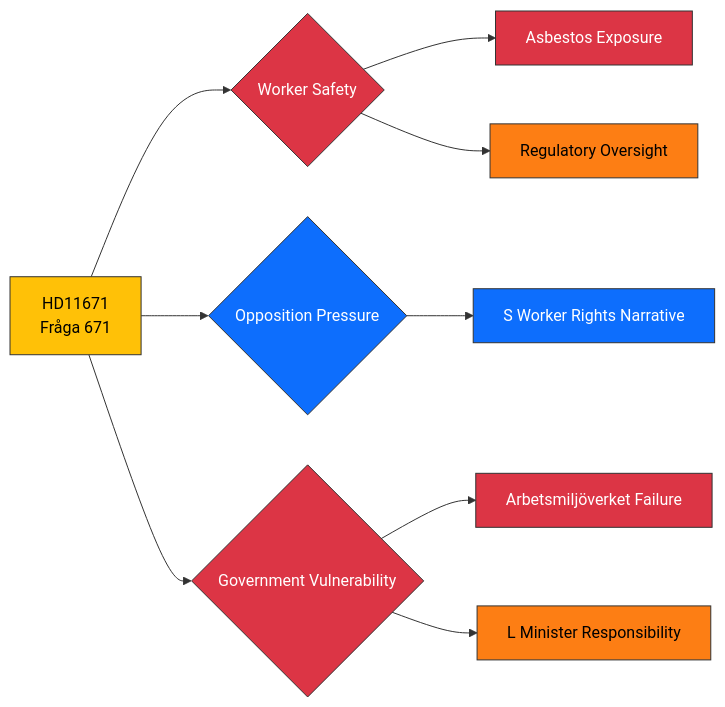
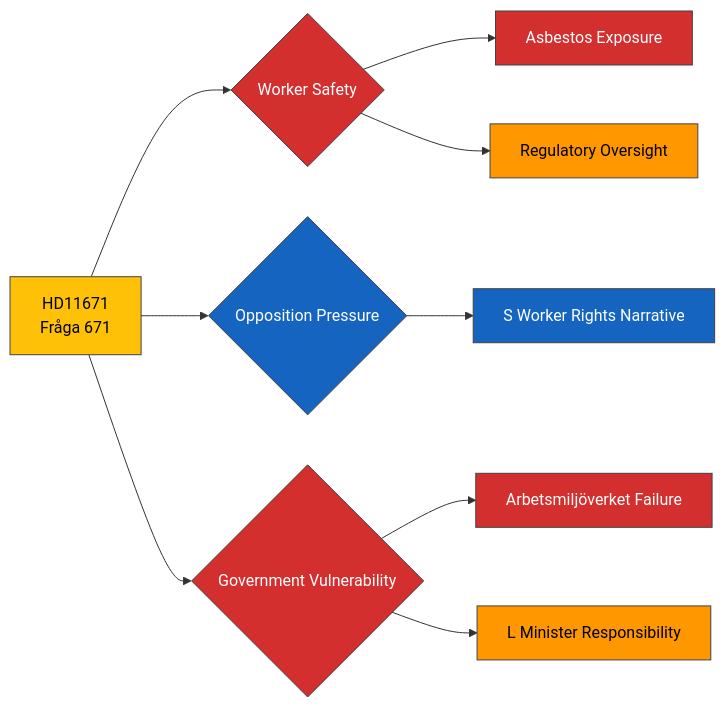
Before and after one commit to Hack23/riksdagsmonitor: the diagram in analysis/daily/2026-03-31/documents/hd11671-analysis.md, drawn with Mermaid. The commit also changed 785 other files, not shown here.

First line of the commit message:
Normalize mermaid colors across 786 analysis artifacts to ISMS Style Guide palette

````diff
--- a/analysis/daily/2026-03-31/documents/hd11671-analysis.md
+++ b/analysis/daily/2026-03-31/documents/hd11671-analysis.md
@@ -30,20 +30,20 @@
 ```mermaid
 graph LR
     A[HD11671<br/>Fråga 671] --> B{Worker Safety}
     B --> C[Asbestos Exposure]
     B --> D[Regulatory Oversight]
     A --> E{Opposition Pressure}
     E --> F[S Worker Rights Narrative]
     A --> G{Government Vulnerability}
     G --> H[Arbetsmiljöverket Failure]
     G --> I[L Minister Responsibility]
-    style A fill:#ffc107,stroke:#333,color:#000
-    style B fill:#dc3545,stroke:#333,color:#fff
-    style E fill:#0d6efd,stroke:#333,color:#fff
-    style G fill:#dc3545,stroke:#333,color:#fff
-    style C fill:#dc3545,stroke:#333,color:#fff
-    style D fill:#fd7e14,stroke:#333,color:#000
-    style F fill:#0d6efd,stroke:#333,color:#fff
-    style H fill:#dc3545,stroke:#333,color:#fff
-    style I fill:#fd7e14,stroke:#333,color:#000
+    style A fill:#FFC107,stroke:#424242,color:#000000
+    style B fill:#D32F2F,stroke:#424242,color:#FFFFFF
+    style E fill:#1565C0,stroke:#424242,color:#FFFFFF
+    style G fill:#D32F2F,stroke:#424242,color:#FFFFFF
+    style C fill:#D32F2F,stroke:#424242,color:#FFFFFF
+    style D fill:#FF9800,stroke:#424242,color:#000000
+    style F fill:#1565C0,stroke:#424242,color:#FFFFFF
+    style H fill:#D32F2F,stroke:#424242,color:#FFFFFF
+    style I fill:#FF9800,stroke:#424242,color:#000000
 ```
````
